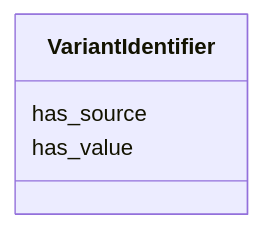
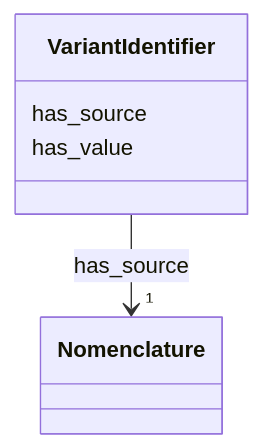
One commit to neurovasc/neugenfair changed the diagram in schemas/docs/VariantIdentifier.md. Above: the diagram before and after it, drawn with Mermaid. The commit also changed other lines of this file and 21 other files, not shown here.

````diff
--- a/schemas/docs/VariantIdentifier.md
+++ b/schemas/docs/VariantIdentifier.md
@@ -18,10 +18,19 @@
 ```mermaid
  classDiagram
     class VariantIdentifier
     click VariantIdentifier href "../VariantIdentifier/"
       VariantIdentifier : has_source
         
+          
+    
+        
+        
+        VariantIdentifier --> "1" Nomenclature : has_source
+        click Nomenclature href "../Nomenclature/"
+    
+
+        
       VariantIdentifier : has_value
         
       
 ```
````
